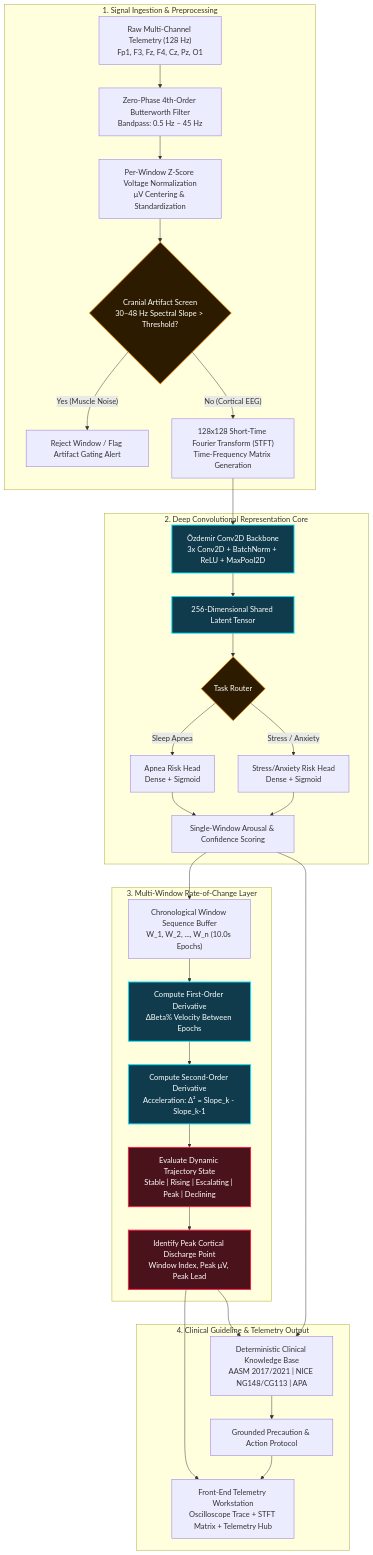
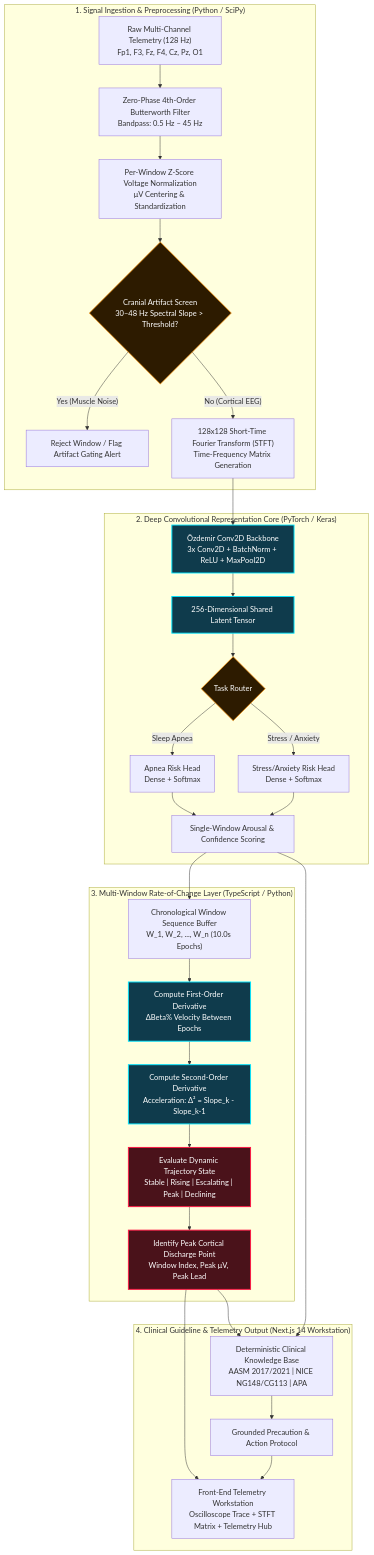
Before and after one commit to arnnnnaaavvvvv/NeuroSense: the first of 6 diagrams in README.md, drawn with Mermaid. The commit also changed other lines of this file, not shown here.

Commit message:
docs: align README with exact dual pipeline architecture and benchmark counts

````diff
--- a/README.md
+++ b/README.md
@@ -70,44 +78,44 @@
 ```mermaid
 flowchart TD
-    subgraph INGESTION["1. Signal Ingestion & Preprocessing"]
+    subgraph INGESTION["1. Signal Ingestion & Preprocessing (Python / SciPy)"]
         A["Raw Multi-Channel Telemetry (128 Hz)<br/>Fp1, F3, Fz, F4, Cz, Pz, O1"] --> B["Zero-Phase 4th-Order Butterworth Filter<br/>Bandpass: 0.5 Hz – 45 Hz"]
         B --> C["Per-Window Z-Score Voltage Normalization<br/>μV Centering & Standardization"]
         C --> D{"Cranial Artifact Screen<br/>30–48 Hz Spectral Slope > Threshold?"}
         D -- "Yes (Muscle Noise)" --> D_FAIL["Reject Window / Flag Artifact Gating Alert"]
         D -- "No (Cortical EEG)" --> E["128x128 Short-Time Fourier Transform (STFT)<br/>Time-Frequency Matrix Generation"]
     end
 
-    subgraph CNN_CORE["2. Deep Convolutional Representation Core"]
+    subgraph CNN_CORE["2. Deep Convolutional Representation Core (PyTorch / Keras)"]
         E --> F["Özdemir Conv2D Backbone<br/>3x Conv2D + BatchNorm + ReLU + MaxPool2D"]
         F --> G["256-Dimensional Shared Latent Tensor"]
         G --> H{"Task Router"}
-        H -- "Sleep Apnea" --> I["Apnea Risk Head<br/>Dense + Sigmoid"]
-        H -- "Stress / Anxiety" --> J["Stress/Anxiety Risk Head<br/>Dense + Sigmoid"]
+        H -- "Sleep Apnea" --> I["Apnea Risk Head<br/>Dense + Softmax"]
+        H -- "Stress / Anxiety" --> J["Stress/Anxiety Risk Head<br/>Dense + Softmax"]
         I --> K["Single-Window Arousal & Confidence Scoring"]
         J --> K
     end
 
-    subgraph ESCALATION["3. Multi-Window Rate-of-Change Layer"]
+    subgraph ESCALATION["3. Multi-Window Rate-of-Change Layer (TypeScript / Python)"]
         K --> L["Chronological Window Sequence Buffer<br/>W_1, W_2, ..., W_n (10.0s Epochs)"]
         L --> M["Compute First-Order Derivative<br/>ΔBeta% Velocity Between Epochs"]
         M --> N["Compute Second-Order Derivative<br/>Acceleration: Δ² = Slope_k - Slope_k-1"]
         N --> O["Evaluate Dynamic Trajectory State<br/>Stable | Rising | Escalating | Peak | Declining"]
         O --> P["Identify Peak Cortical Discharge Point<br/>Window Index, Peak μV, Peak Lead"]
     end
 
-    subgraph RAG_LAYER["4. Clinical Guideline & Telemetry Output"]
+    subgraph RAG_LAYER["4. Clinical Guideline & Telemetry Output (Next.js 14 Workstation)"]
         P --> Q["Deterministic Clinical Knowledge Base<br/>AASM 2017/2021 | NICE NG148/CG113 | APA"]
         K --> Q
         Q --> R["Grounded Precaution & Action Protocol"]
         P --> S["Front-End Telemetry Workstation<br/>Oscilloscope Trace + STFT Matrix + Telemetry Hub"]
         R --> S
     end
 
     classDef smartNode fill:#0f3b4c,stroke:#00e5ff,stroke-width:2px,color:#ffffff;
     classDef peakAlert fill:#4a121a,stroke:#ff1744,stroke-width:2px,color:#ffffff;
     classDef gateNode fill:#2d1b00,stroke:#ff9100,stroke-width:1.5px,color:#ffffff;
 
     class F,G,M,N smartNode;
     class P,O peakAlert;
     class D,H gateNode;
 ```
````
